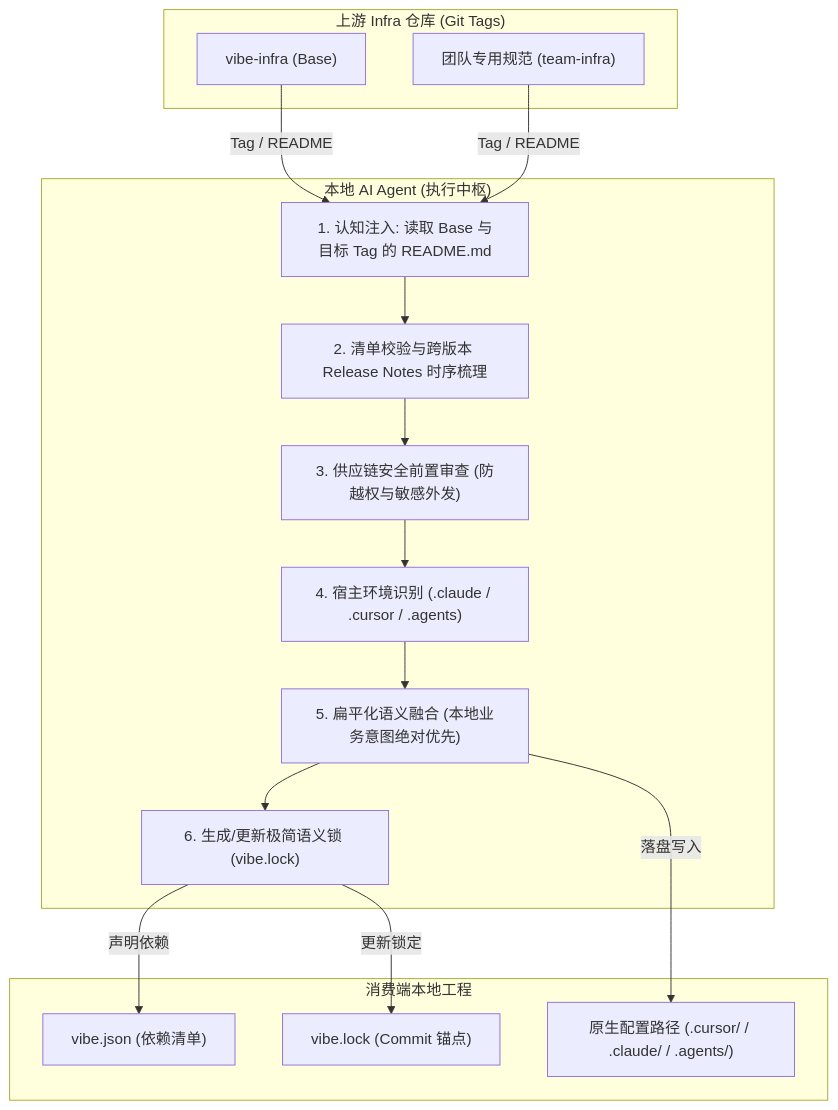
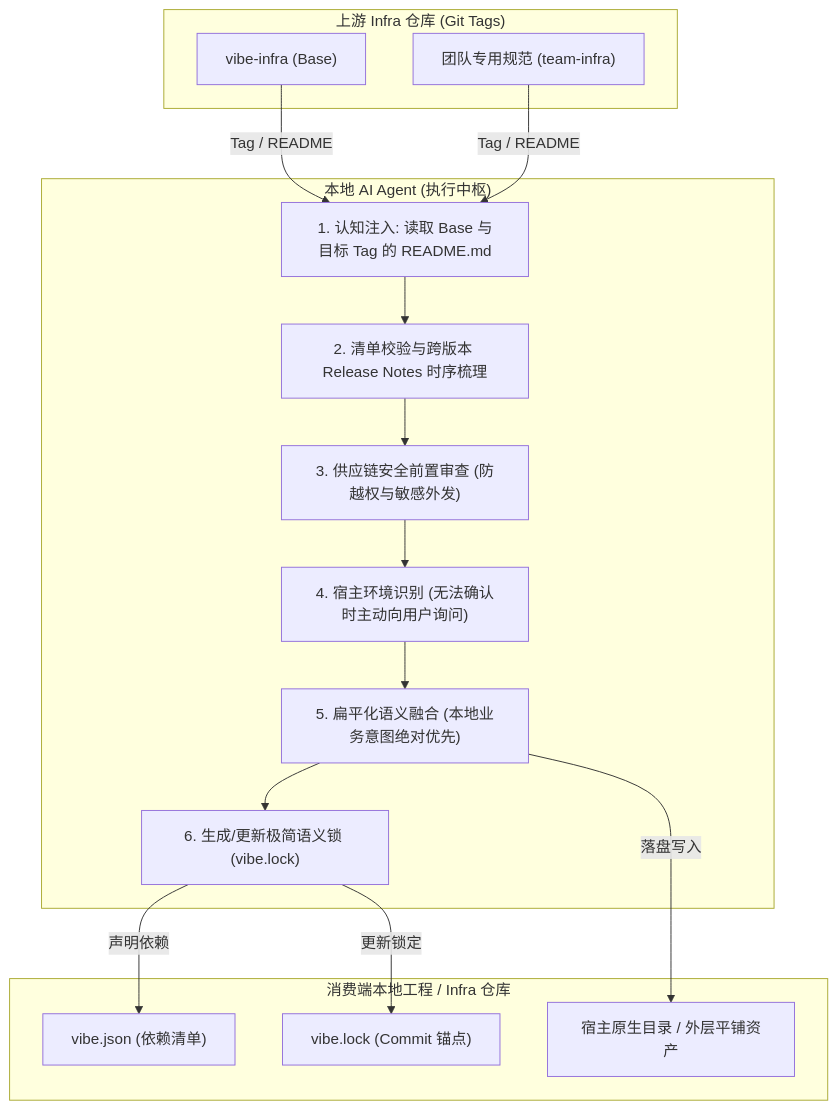
The diagram in README.zh-CN.md (seho-dev/vibe-infra), drawn with Mermaid before and after one commit. The commit also changed other lines of this file and 5 other files, not shown here.

````diff
--- a/README.zh-CN.md
+++ b/README.zh-CN.md
@@ -29,33 +29,33 @@
 ```mermaid
 flowchart TD
     subgraph Upstream ["上游 Infra 仓库 (Git Tags)"]
         BaseInfra["vibe-infra (Base)"]
         TeamInfra["团队专用规范 (team-infra)"]
     end
 
     subgraph AgentEngine ["本地 AI Agent (执行中枢)"]
         Context["1. 认知注入: 读取 Base 与目标 Tag 的 README.md"]
         Verify["2. 清单校验与跨版本 Release Notes 时序梳理"]
         Audit["3. 供应链安全前置审查 (防越权与敏感外发)"]
-        HarnessDetect["4. 宿主环境识别 (.claude / .cursor / .agents)"]
+        HarnessDetect["4. 宿主环境识别 (无法确认时主动向用户询问)"]
         SemanticMerge["5. 扁平化语义融合 (本地业务意图绝对优先)"]
         LockGen["6. 生成/更新极简语义锁 (vibe.lock)"]
     end
 
-    subgraph LocalProject ["消费端本地工程"]
+    subgraph LocalProject ["消费端本地工程 / Infra 仓库"]
         VibeJson["vibe.json (依赖清单)"]
         VibeLock["vibe.lock (Commit 锚点)"]
-        TargetDir["原生配置路径 (.cursor/ / .claude/ / .agents/)"]
+        TargetDir["宿主原生目录 / 外层平铺资产"]
     end
 
     BaseInfra -->|"Tag / README"| Context
     TeamInfra -->|"Tag / README"| Context
     Context --> Verify
     Verify --> Audit
     Audit --> HarnessDetect
     HarnessDetect --> SemanticMerge
     SemanticMerge --> LockGen
     LockGen -->|"更新锁定"| VibeLock
     LockGen -->|"声明依赖"| VibeJson
     SemanticMerge -->|"落盘写入"| TargetDir
 ```
````
